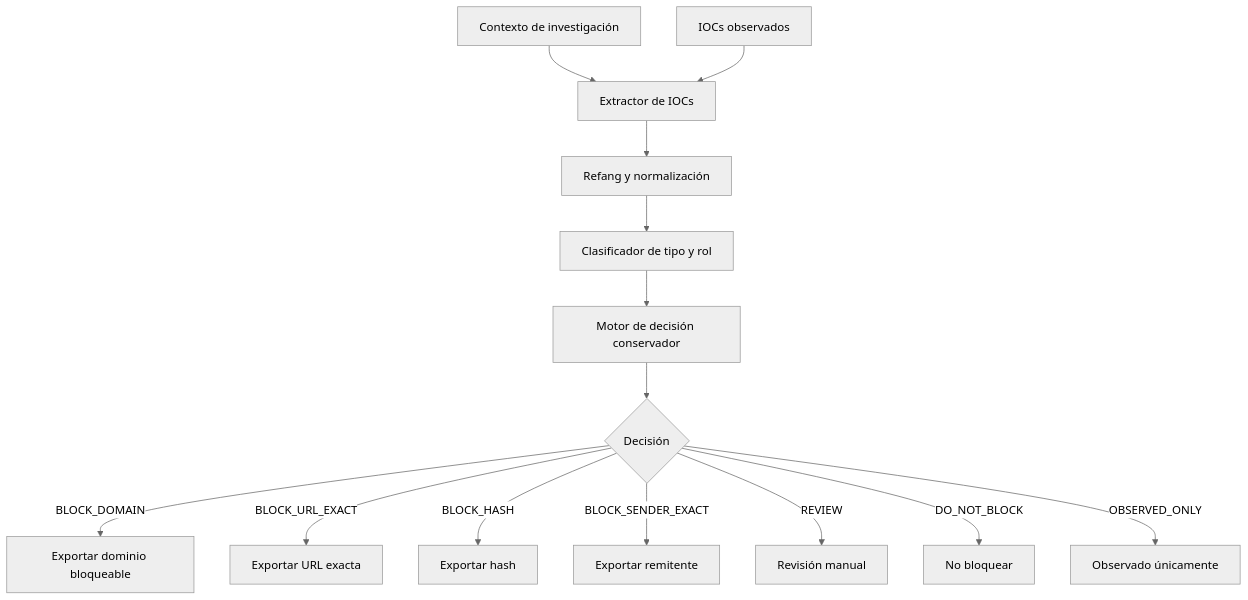
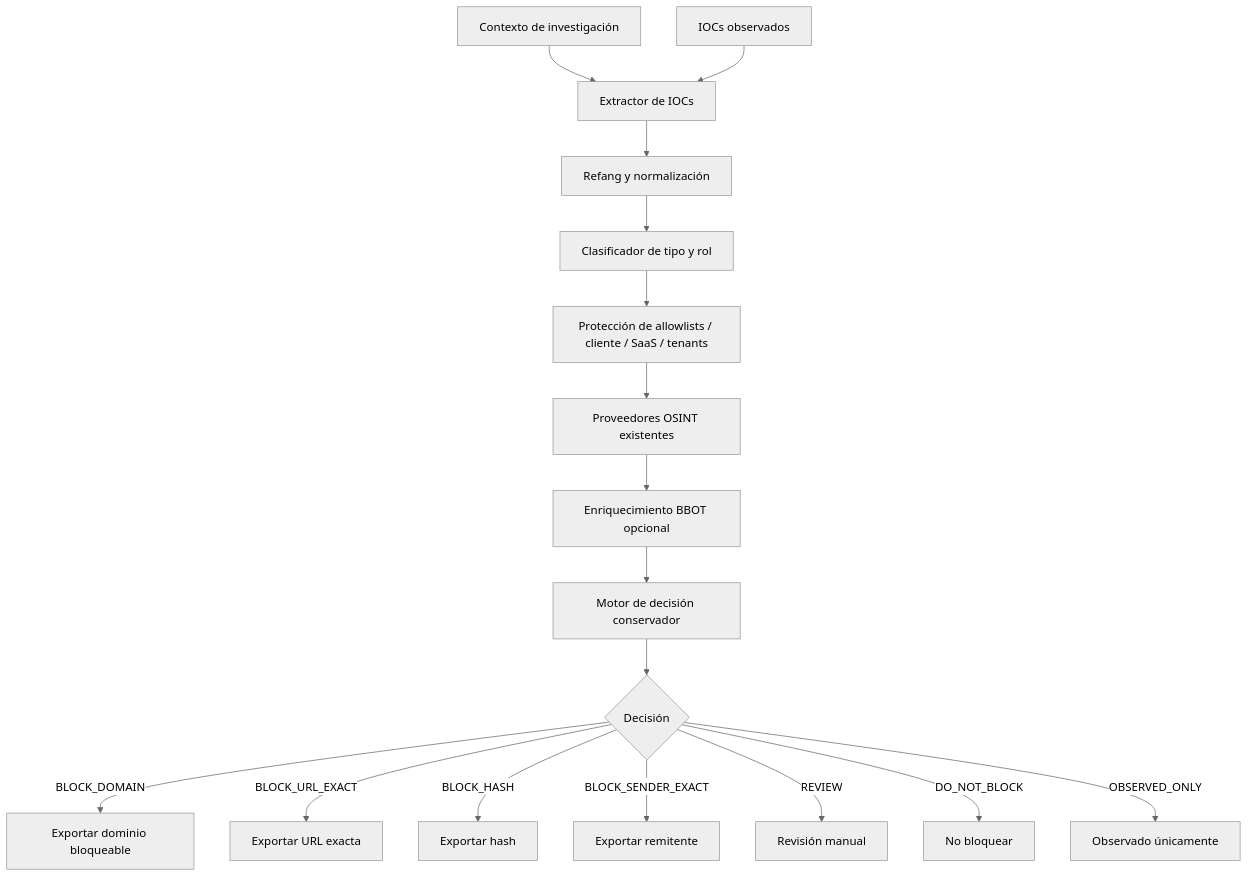
One commit to U7Dani/IOC-OSINT-Block-Advisor changed the diagram in README.md. Above: the diagram before and after it, drawn with Mermaid (neutral theme). The commit also changed other lines of this file and 6 other files, not shown here.

````diff
--- a/README.md
+++ b/README.md
@@ -73,16 +74,19 @@
 ```mermaid
 flowchart TD
     A[Contexto de investigación] --> C[Extractor de IOCs]
     B[IOCs observados] --> C
     C --> D[Refang y normalización]
     D --> E[Clasificador de tipo y rol]
-    E --> F[Motor de decisión conservador]
+    E --> E2[Protección de allowlists / cliente / SaaS / tenants]
+    E2 --> E3[Proveedores OSINT existentes]
+    E3 --> E4[Enriquecimiento BBOT opcional]
+    E4 --> F[Motor de decisión conservador]
     F --> G{Decisión}
     G -->|BLOCK_DOMAIN| H[Exportar dominio bloqueable]
     G -->|BLOCK_URL_EXACT| I[Exportar URL exacta]
     G -->|BLOCK_HASH| J[Exportar hash]
     G -->|BLOCK_SENDER_EXACT| K[Exportar remitente]
     G -->|REVIEW| L[Revisión manual]
     G -->|DO_NOT_BLOCK| M[No bloquear]
     G -->|OBSERVED_ONLY| N[Observado únicamente]
 ```
````
